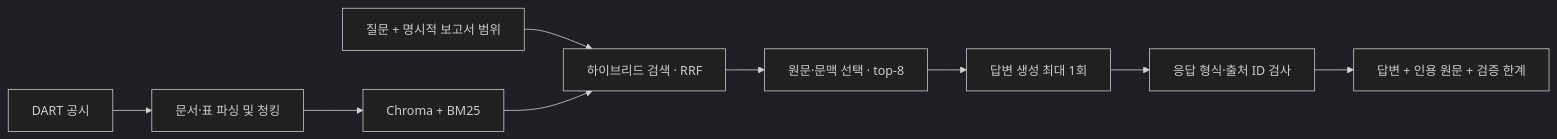
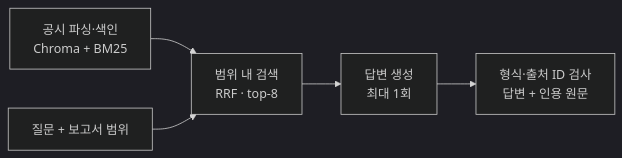
The diagram in README.md (woojune511/dart-rag-agent), drawn with Mermaid (dark theme) before and after one commit.

Commit message:
docs: keep README pipeline readable at GitHub width

````diff
--- a/README.md
+++ b/README.md
@@ -36,11 +36,7 @@
 ```mermaid
 flowchart LR
-    D["DART 공시"] --> P["문서·표 파싱 및 청킹"]
-    P --> S["Chroma + BM25"]
-    Q["질문 + 명시적 보고서 범위"] --> R["하이브리드 검색 · RRF"]
-    S --> R
-    R --> C["원문·문맥 선택 · top-8"]
-    C --> A["답변 생성 최대 1회"]
-    A --> V["응답 형식·출처 ID 검사"]
-    V --> O["답변 + 인용 원문 + 검증 한계"]
+    I["공시 파싱·색인<br/>Chroma + BM25"] --> R["범위 내 검색<br/>RRF · top-8"]
+    Q["질문 + 보고서 범위"] --> R
+    R --> A["답변 생성<br/>최대 1회"]
+    A --> V["형식·출처 ID 검사<br/>답변 + 인용 원문"]
 ```
````
